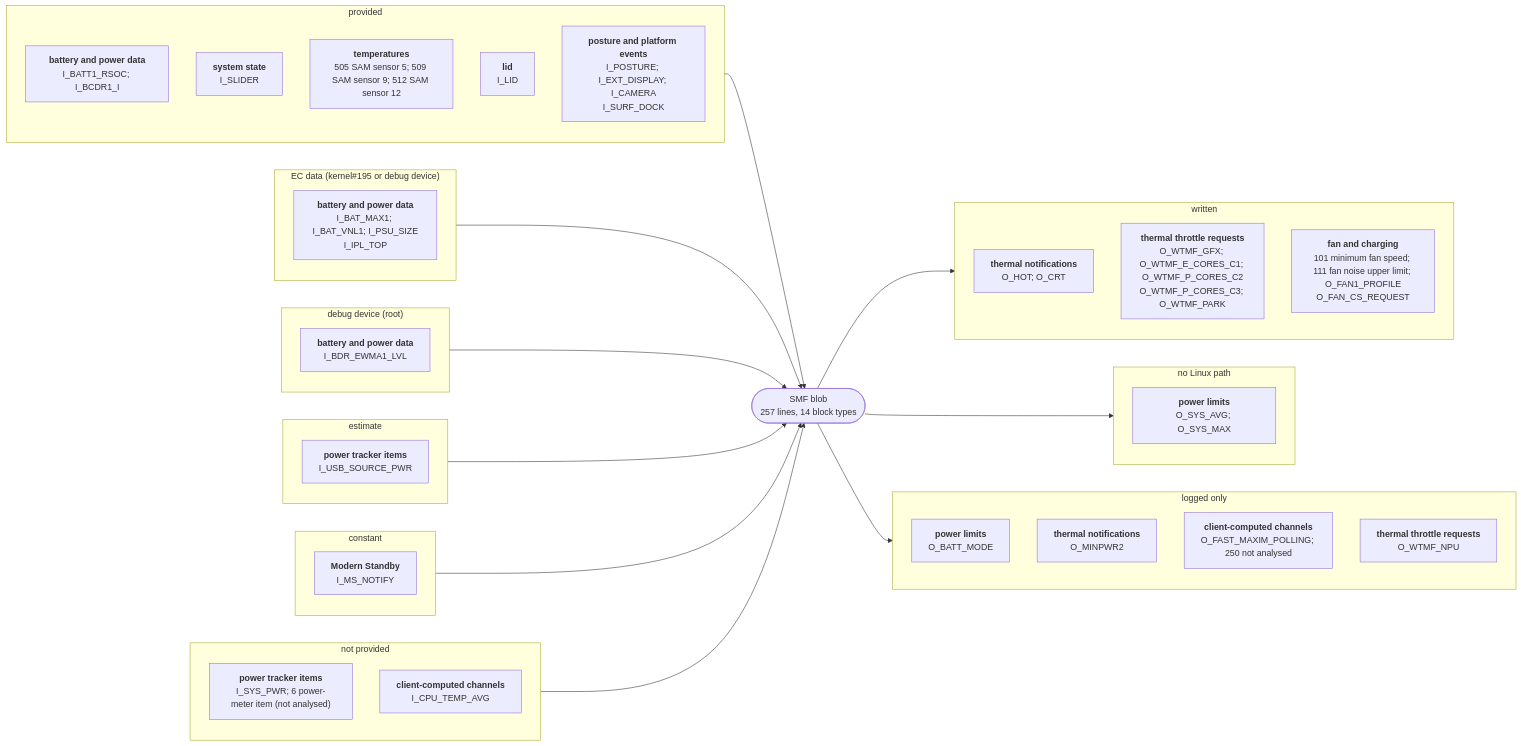
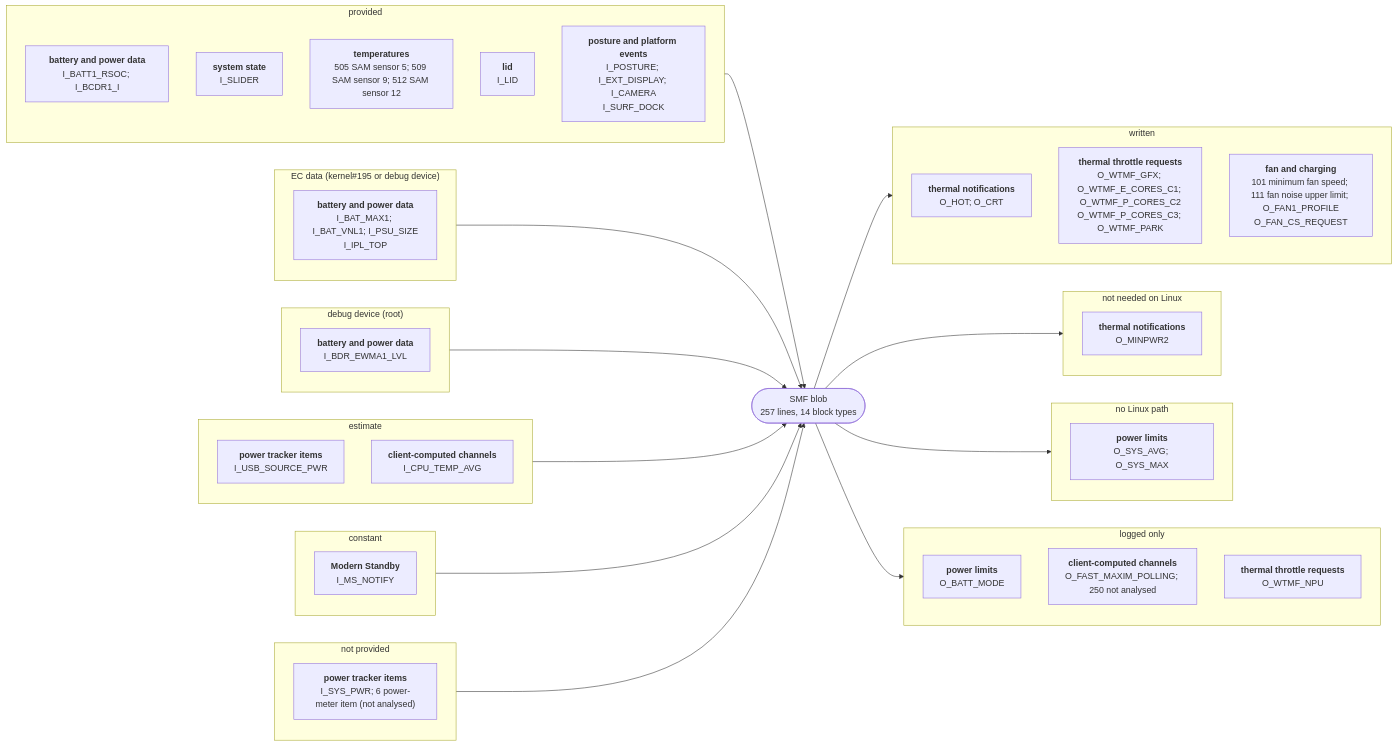
The diagram in docs/devices/surface-laptop-7-snapdragon.md (larsschellhas/linux-surface-power), drawn with Mermaid before and after one commit. The commit also changed other lines of this file and 42 other files, not shown here.

First line of the commit message:
Remaining Pro 10 outputs: PL1 time window, sensor offset, two not needed

````diff
--- a/docs/devices/surface-laptop-7-snapdragon.md
+++ b/docs/devices/surface-laptop-7-snapdragon.md
@@ -20,50 +20,53 @@
 ```mermaid
 flowchart LR
     subgraph IN0["provided"]
         I0_28B7BD85["<b>battery and power data</b><br/>I_BATT1_RSOC; I_BCDR1_I"]
         I0_2DD6960F["<b>system state</b><br/>I_SLIDER"]
         I0_2E8B14C2["<b>temperatures</b><br/>505 SAM sensor 5; 509 SAM sensor 9; 512 SAM sensor 12"]
         I0_5D0EE597["<b>lid</b><br/>I_LID"]
         I0_8060B17F["<b>posture and platform events</b><br/>I_POSTURE; I_EXT_DISPLAY; I_CAMERA<br/>I_SURF_DOCK"]
     end
     IN0 --> B
     subgraph IN1["EC data (kernel#195 or debug device)"]
         I1_28B7BD85["<b>battery and power data</b><br/>I_BAT_MAX1; I_BAT_VNL1; I_PSU_SIZE<br/>I_IPL_TOP"]
     end
     IN1 --> B
     subgraph IN2["debug device (root)"]
         I2_28B7BD85["<b>battery and power data</b><br/>I_BDR_EWMA1_LVL"]
     end
     IN2 --> B
     subgraph IN3["estimate"]
         I3_049E36F2["<b>power tracker items</b><br/>I_USB_SOURCE_PWR"]
+        I3_87008365["<b>client-computed channels</b><br/>I_CPU_TEMP_AVG"]
     end
     IN3 --> B
     subgraph IN4["constant"]
         I4_DEF1AB69["<b>Modern Standby</b><br/>I_MS_NOTIFY"]
     end
     IN4 --> B
     subgraph IN5["not provided"]
         I5_049E36F2["<b>power tracker items</b><br/>I_SYS_PWR; 6 power-meter item (not analysed)"]
-        I5_87008365["<b>client-computed channels</b><br/>I_CPU_TEMP_AVG"]
     end
     IN5 --> B
     B(["SMF blob<br/>257 lines, 14 block types"])
     subgraph OUT0["written"]
         O0_110DF2A4["<b>thermal notifications</b><br/>O_HOT; O_CRT"]
         O0_9BBB8910["<b>thermal throttle requests</b><br/>O_WTMF_GFX; O_WTMF_E_CORES_C1; O_WTMF_P_CORES_C2<br/>O_WTMF_P_CORES_C3; O_WTMF_PARK"]
         O0_B620798F["<b>fan and charging</b><br/>101 minimum fan speed; 111 fan noise upper limit; O_FAN1_PROFILE<br/>O_FAN_CS_REQUEST"]
     end
     B --> OUT0
-    subgraph OUT1["no Linux path"]
-        O1_0B7B5350["<b>power limits</b><br/>O_SYS_AVG; O_SYS_MAX"]
+    subgraph OUT1["not needed on Linux"]
+        O1_110DF2A4["<b>thermal notifications</b><br/>O_MINPWR2"]
     end
     B --> OUT1
-    subgraph OUT2["logged only"]
-        O2_0B7B5350["<b>power limits</b><br/>O_BATT_MODE"]
-        O2_110DF2A4["<b>thermal notifications</b><br/>O_MINPWR2"]
-        O2_87008365["<b>client-computed channels</b><br/>O_FAST_MAXIM_POLLING; 250 not analysed"]
-        O2_9BBB8910["<b>thermal throttle requests</b><br/>O_WTMF_NPU"]
+    subgraph OUT2["no Linux path"]
+        O2_0B7B5350["<b>power limits</b><br/>O_SYS_AVG; O_SYS_MAX"]
     end
     B --> OUT2
+    subgraph OUT3["logged only"]
+        O3_0B7B5350["<b>power limits</b><br/>O_BATT_MODE"]
+        O3_87008365["<b>client-computed channels</b><br/>O_FAST_MAXIM_POLLING; 250 not analysed"]
+        O3_9BBB8910["<b>thermal throttle requests</b><br/>O_WTMF_NPU"]
+    end
+    B --> OUT3
 ```
````
